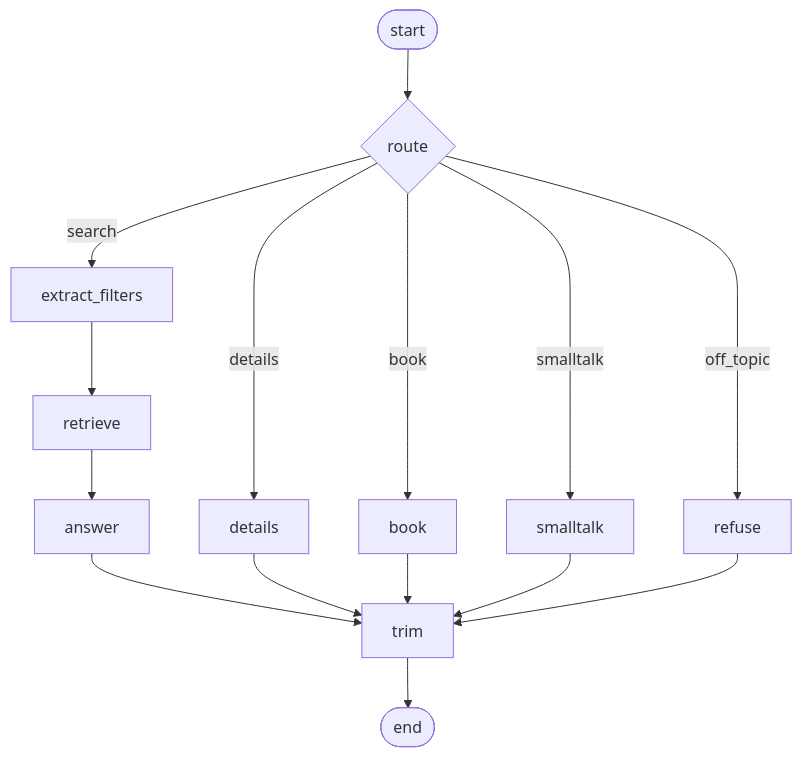
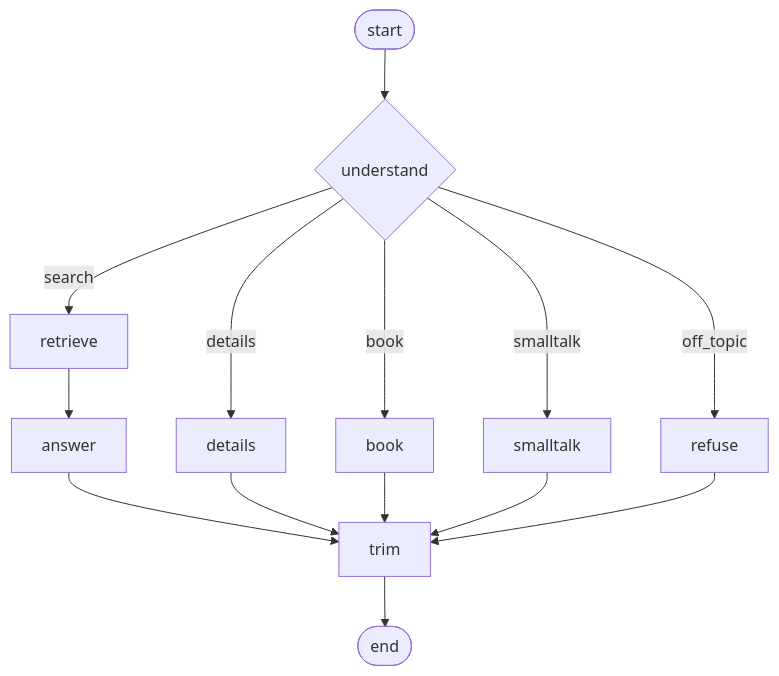
The second of 2 diagrams in README.md (MDeeee/real-estate-agent), drawn with Mermaid before and after one commit. The commit also changed other lines of this file and 65 other files, not shown here.

````diff
--- a/README.md
+++ b/README.md
@@ -44,17 +44,16 @@
 ```mermaid
 flowchart TD
-  begin(["start"]) --> route{"route"}
-  route -->|search| extract_filters
-  route -->|details| details
-  route -->|book| book
-  route -->|smalltalk| smalltalk
-  route -->|off_topic| refuse
-  extract_filters --> retrieve
+  begin(["start"]) --> understand{"understand"}
+  understand -->|search| retrieve
+  understand -->|details| details
+  understand -->|book| book
+  understand -->|smalltalk| smalltalk
+  understand -->|off_topic| refuse
   retrieve --> answer
   answer --> trim
   details --> trim
   book --> trim
   smalltalk --> trim
   refuse --> trim
   trim --> finish(["end"])
 ```
````
